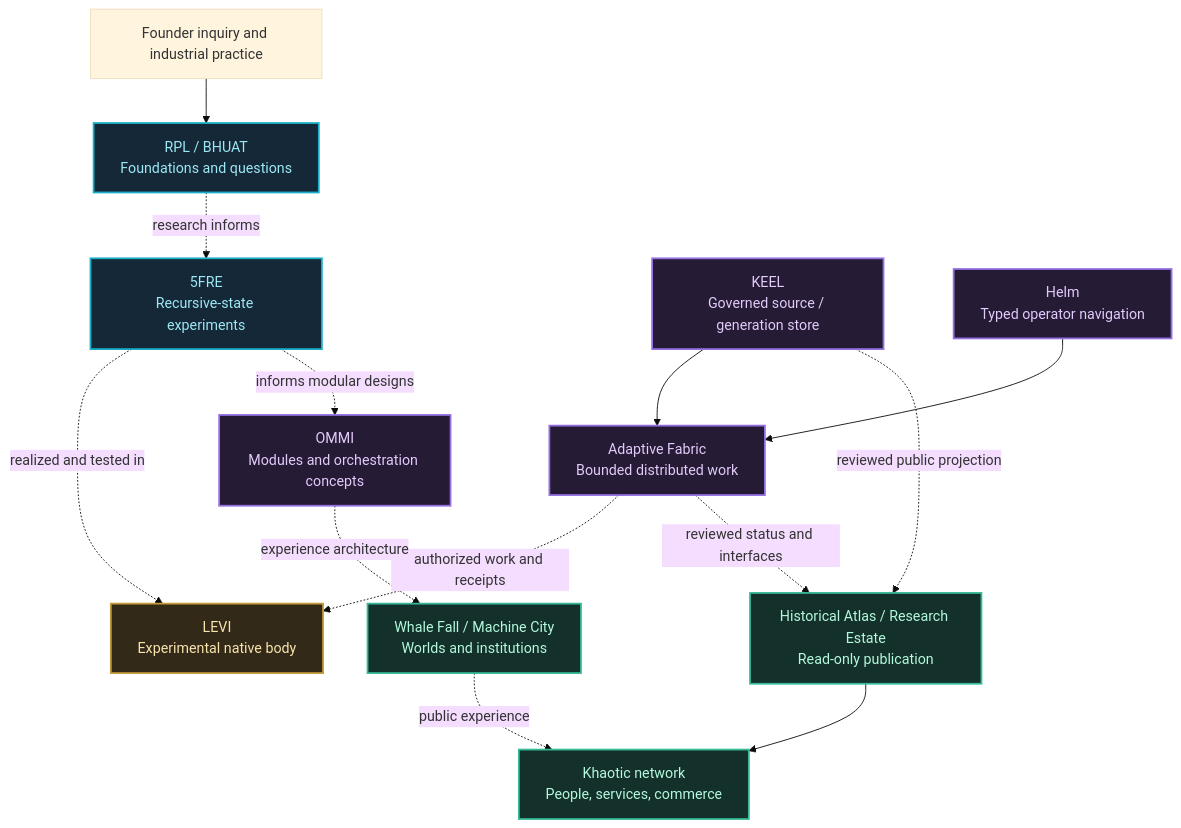
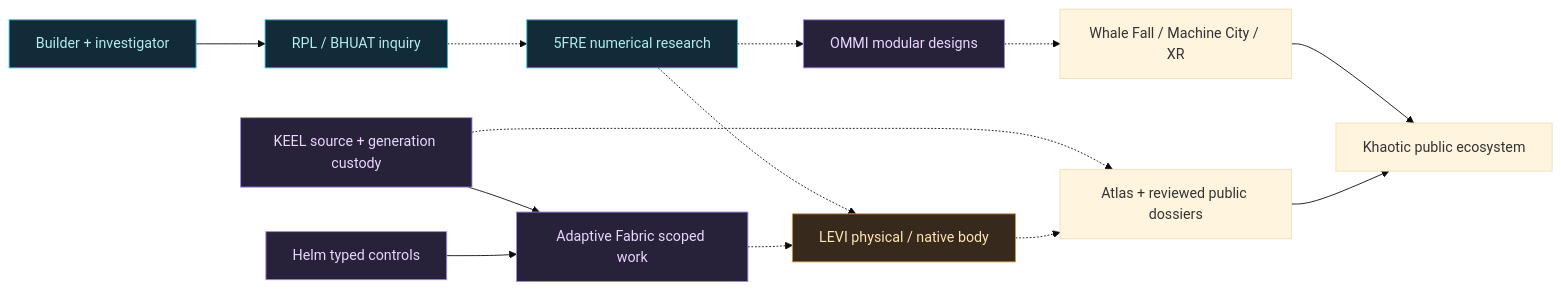
The second of 2 diagrams in README.md (K-haotic/K-haotic), drawn with Mermaid (base theme) before and after one commit. The commit also changed other lines of this file and 18 other files, not shown here.

First line of the commit message:
docs(profile): launch Khaotic whole-system front door

````diff
--- a/README.md
+++ b/README.md
@@ -43,23 +125,21 @@
-~~~mermaid
-flowchart TD
-    F["Founder inquiry and industrial practice"] --> R["RPL / BHUAT<br/>Foundations and questions"]
-    R -. "research informs" .-> M["5FRE<br/>Recursive-state experiments"]
-    M -. "realized and tested in" .-> L["LEVI<br/>Experimental native body"]
-    M -. "informs modular designs" .-> O["OMMI<br/>Modules and orchestration concepts"]
-    K["KEEL<br/>Governed source / generation store"] --> A["Adaptive Fabric<br/>Bounded distributed work"]
-    H["Helm<br/>Typed operator navigation"] --> A
-    A -. "authorized work and receipts" .-> L
-    O -. "experience architecture" .-> W["Whale Fall / Machine City<br/>Worlds and institutions"]
-    K -. "reviewed public projection" .-> P["Historical Atlas / Research Estate<br/>Read-only publication"]
-    A -. "reviewed status and interfaces" .-> P
-    W -. "public experience" .-> E["Khaotic network<br/>People, services, commerce"]
-    P --> E
-    classDef theory fill:#142837,color:#9ee8f5,stroke:#19aec7,stroke-width:2px;
-    classDef system fill:#251b35,color:#e2cafa,stroke:#9470e3,stroke-width:2px;
-    classDef body fill:#332918,color:#f9e4ae,stroke:#c49a3a,stroke-width:2px;
-    classDef public fill:#14302a,color:#b4f9dd,stroke:#35b997,stroke-width:2px;
-    class R,M theory;
-    class K,A,H,O system;
-    class L body;
-    class W,P,E public;
-~~~
+```mermaid
+flowchart LR
+    B["Builder + investigator"] --> R["RPL / BHUAT inquiry"]
+    R -.-> F["5FRE numerical research"]
+    F -.-> L["LEVI physical / native body"]
+    F -.-> O["OMMI modular designs"]
+    K["KEEL source + generation custody"] --> A["Adaptive Fabric scoped work"]
+    H["Helm typed controls"] --> A
+    A -.-> L
+    O -.-> W["Whale Fall / Machine City / XR"]
+    K -.-> P["Atlas + reviewed public dossiers"]
+    L -.-> P
+    W --> X["Khaotic public ecosystem"]
+    P --> X
+    classDef cyan fill:#122b38,color:#b5eaf2,stroke:#32bfde;
+    classDef gold fill:#37291b,color:#ffe4b7,stroke:#ca9b45;
+    classDef violet fill:#27223a,color:#ead6ff,stroke:#a584ec;
+    class B,R,F cyan;
+    class L gold;
+    class K,A,H,O violet;
+```
````
